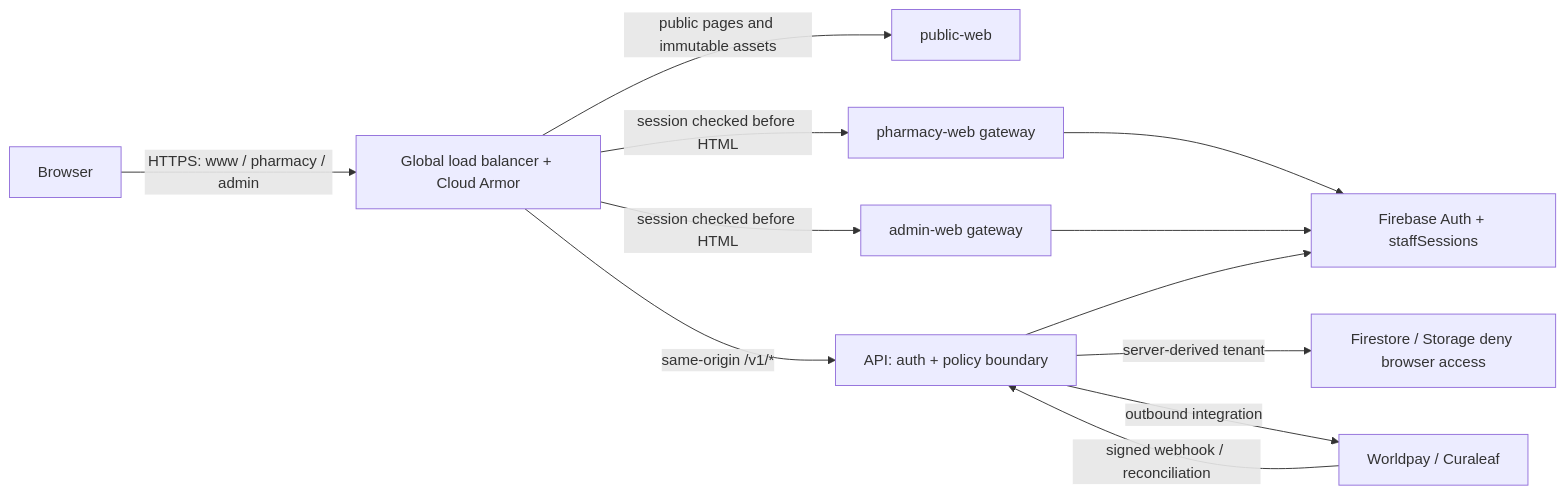
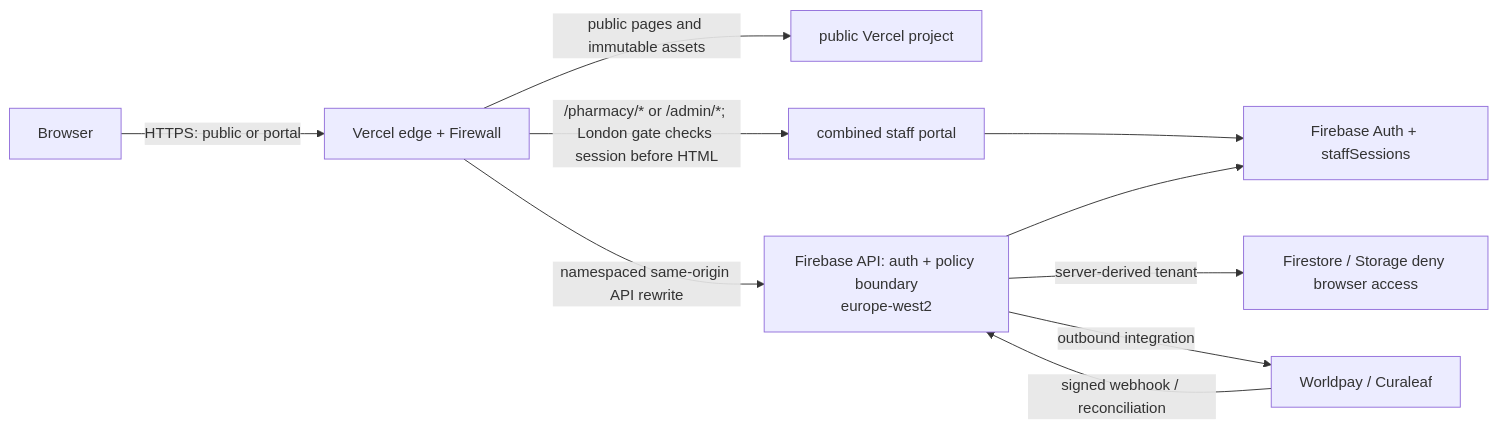
Before and after one commit to Healius-Consulting/HHH-Staging: the diagram in docs/security/data-flow.md, drawn with Mermaid. The commit also changed 47 other files, not shown here.

````diff
--- a/docs/security/data-flow.md
+++ b/docs/security/data-flow.md
@@ -3,14 +3,12 @@
 ```mermaid
 flowchart LR
-  Browser["Browser"] -->|"HTTPS: www / pharmacy / admin"| Armor["Global load balancer + Cloud Armor"]
-  Armor -->|"public pages and immutable assets"| Public["public-web"]
-  Armor -->|"session checked before HTML"| Pharmacy["pharmacy-web gateway"]
-  Armor -->|"session checked before HTML"| Admin["admin-web gateway"]
-  Armor -->|"same-origin /v1/*"| API["API: auth + policy boundary"]
-  Pharmacy --> Auth["Firebase Auth + staffSessions"]
-  Admin --> Auth
+  Browser["Browser"] -->|"HTTPS: public or portal"| Vercel["Vercel edge + Firewall"]
+  Vercel -->|"public pages and immutable assets"| Public["public Vercel project"]
+  Vercel -->|"/pharmacy/* or /admin/*; London gate checks session before HTML"| Portal["combined staff portal"]
+  Vercel -->|"namespaced same-origin API rewrite"| API["Firebase API: auth + policy boundary<br/>europe-west2"]
+  Portal --> Auth["Firebase Auth + staffSessions"]
   API --> Auth
   API -->|"server-derived tenant"| Store["Firestore / Storage deny browser access"]
   API -->|"outbound integration"| Partners["Worldpay / Curaleaf"]
   Partners -->|"signed webhook / reconciliation"| API
 ```
````
